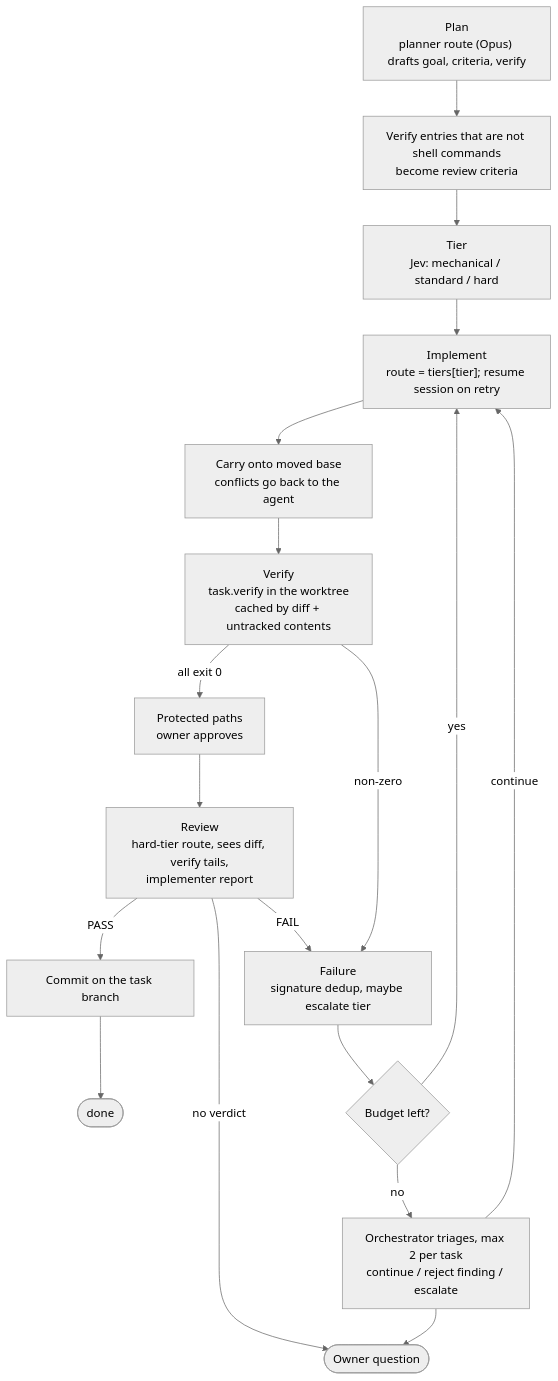
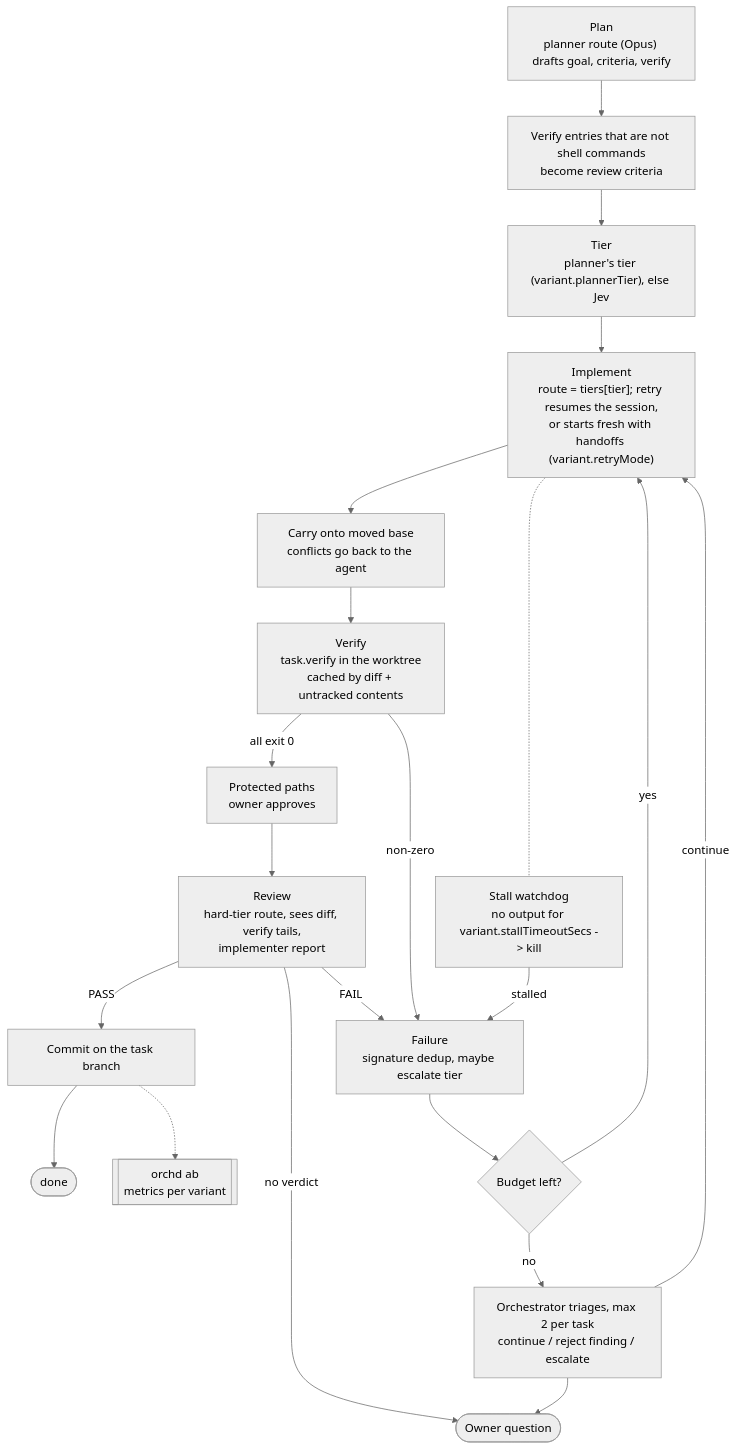
One commit to sushi-killer/sushiAI changed the third of 6 diagrams in docs/architecture.md. Above: the diagram before and after it, drawn with Mermaid (neutral theme). The commit also changed 14 other files, not shown here.

Commit message:
feat: run orchd tasks as A/B variants with fresh retries, a stall watchdog and the planner's tier

````diff
--- a/docs/architecture.md
+++ b/docs/architecture.md
@@ -97,30 +97,35 @@
 ```mermaid
 flowchart TD
   plan["Plan<br/>planner route (Opus) drafts goal, criteria, verify"]
   split["Verify entries that are not shell commands<br/>become review criteria"]
-  tier["Tier<br/>Jev: mechanical / standard / hard"]
-  impl["Implement<br/>route = tiers[tier]; resume session on retry"]
+  tier["Tier<br/>planner's tier (variant.plannerTier), else Jev"]
+  impl["Implement<br/>route = tiers[tier]; retry resumes the session,<br/>or starts fresh with handoffs (variant.retryMode)"]
+  stall["Stall watchdog<br/>no output for variant.stallTimeoutSecs -> kill"]
   rebase["Carry onto moved base<br/>conflicts go back to the agent"]
   verify["Verify<br/>task.verify in the worktree<br/>cached by diff + untracked contents"]
   protect["Protected paths<br/>owner approves"]
   review["Review<br/>hard-tier route, sees diff, verify tails,<br/>implementer report"]
   commit["Commit on the task branch"]
   done([done])
   fail["Failure<br/>signature dedup, maybe escalate tier"]
   budget{"Budget left?"}
+  ab[["orchd ab<br/>metrics per variant"]]
   triage["Orchestrator triages, max 2 per task<br/>continue / reject finding / escalate"]
   ownerQ(["Owner question"])
 
   plan --> split --> tier --> impl --> rebase --> verify
+  impl -.- stall
+  stall -->|stalled| fail
   verify -->|all exit 0| protect --> review
   review -->|PASS| commit --> done
   review -->|no verdict| ownerQ
   verify -->|non-zero| fail
   review -->|FAIL| fail
   fail --> budget
   budget -->|yes| impl
   budget -->|no| triage --> ownerQ
   triage -->|continue| impl
+  commit -.-> ab
 
   classDef planned stroke-dasharray: 5 5
 ```
````
